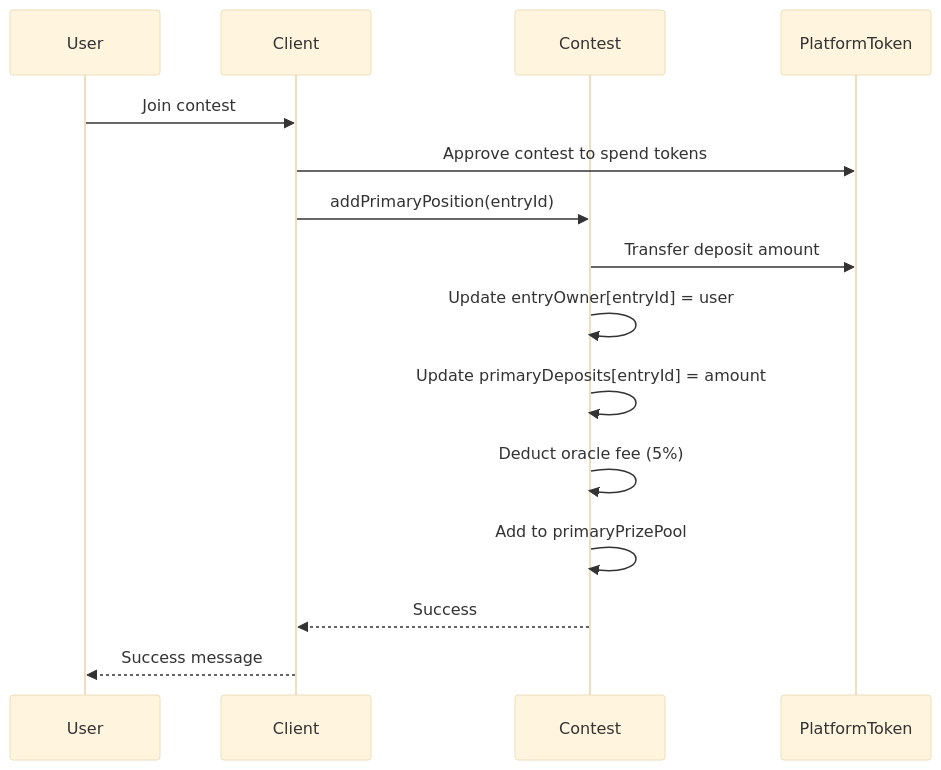
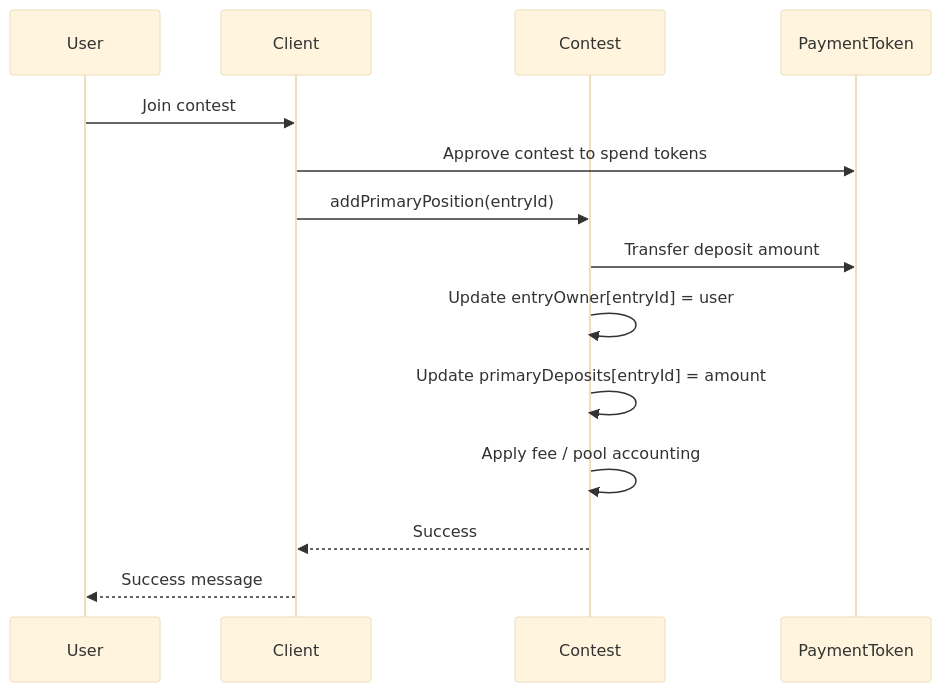
The first of 5 diagrams in spec/contracts/data-flow.md (MagRelo/cut), drawn with Mermaid (base theme) before and after one commit. The commit also changed other lines of this file and 33 other files, not shown here.

````diff
--- a/spec/contracts/data-flow.md
+++ b/spec/contracts/data-flow.md
@@ -5,18 +5,17 @@
 ```mermaid
 sequenceDiagram
     participant User
     participant Client
     participant Contest
-    participant PlatformToken
-    
+    participant PaymentToken
+
     User->>Client: Join contest
-    Client->>PlatformToken: Approve contest to spend tokens
+    Client->>PaymentToken: Approve contest to spend tokens
     Client->>Contest: addPrimaryPosition(entryId)
-    Contest->>PlatformToken: Transfer deposit amount
+    Contest->>PaymentToken: Transfer deposit amount
     Contest->>Contest: Update entryOwner[entryId] = user
     Contest->>Contest: Update primaryDeposits[entryId] = amount
-    Contest->>Contest: Deduct oracle fee (5%)
-    Contest->>Contest: Add to primaryPrizePool
+    Contest->>Contest: Apply fee / pool accounting
     Contest-->>Client: Success
     Client-->>User: Success message
 ```
````
